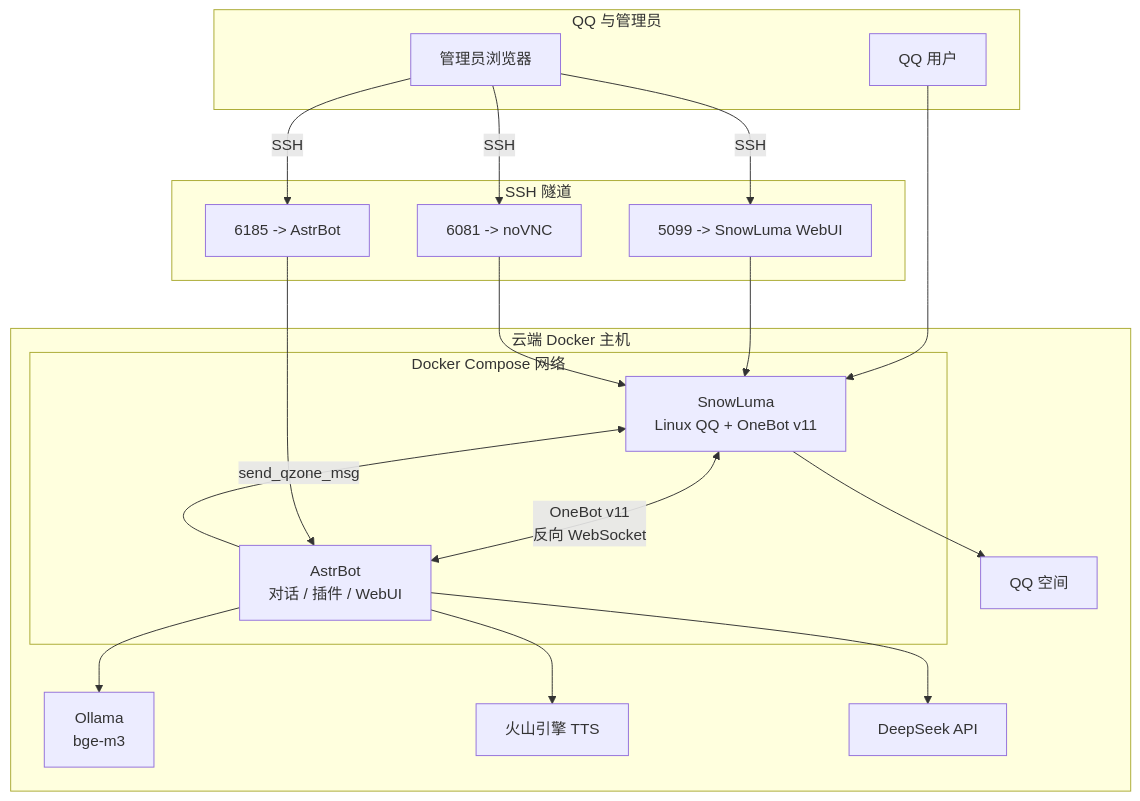
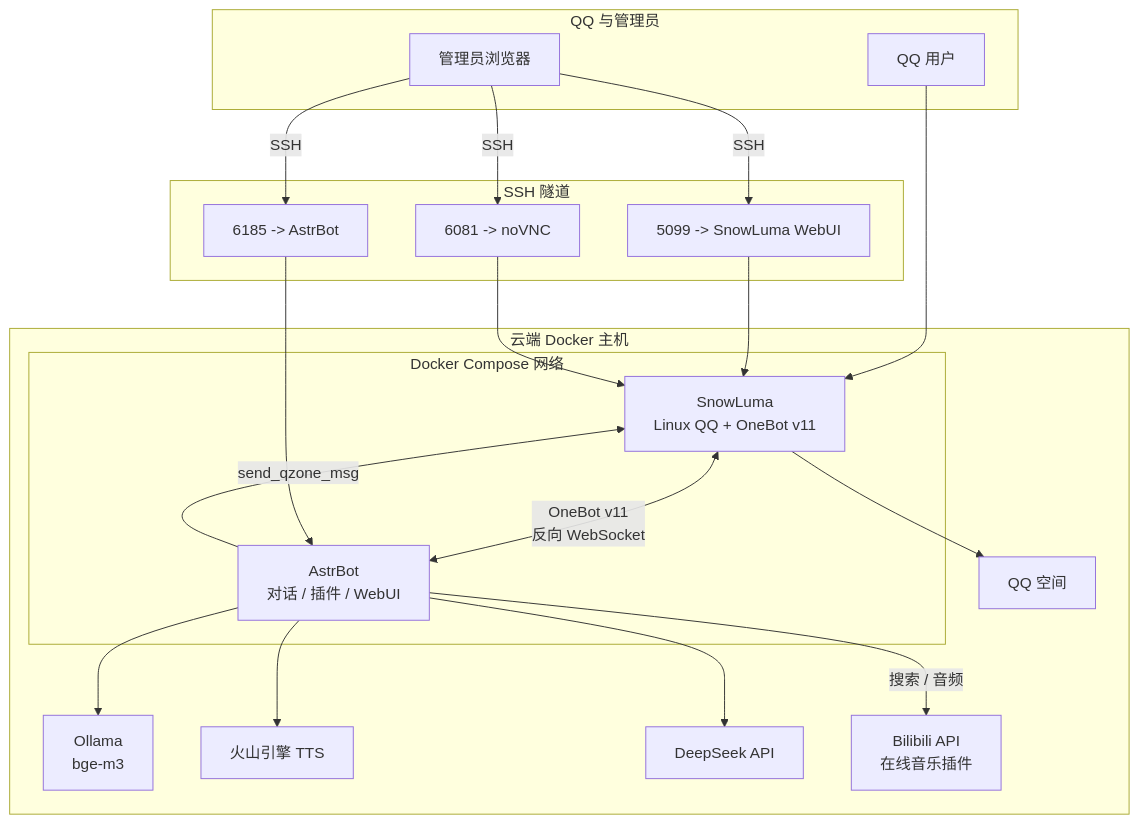
Before and after one commit to Automaticfly/emotional-dafeiyu-qq-chat-ai: the first of 2 diagrams in ARCHITECTURE.md, drawn with Mermaid. The commit also changed other lines of this file and 11 other files, not shown here.

````diff
--- a/ARCHITECTURE.md
+++ b/ARCHITECTURE.md
@@ -5,38 +5,40 @@
 ```mermaid
 flowchart TB
     subgraph Client[QQ 与管理员]
         U[QQ 用户]
         A[管理员浏览器]
     end
 
     subgraph Edge[SSH 隧道]
         T1[6185 -> AstrBot]
         T2[5099 -> SnowLuma WebUI]
         T3[6081 -> noVNC]
     end
 
     subgraph Server[云端 Docker 主机]
         subgraph Compose[Docker Compose 网络]
             S[SnowLuma<br/>Linux QQ + OneBot v11]
             B[AstrBot<br/>对话 / 插件 / WebUI]
         end
         O[Ollama<br/>bge-m3]
         V[火山引擎 TTS]
         D[DeepSeek API]
         Q[QQ 空间]
+        BI[Bilibili API<br/>在线音乐插件]
     end
 
     U --> S
     S <-->|OneBot v11<br/>反向 WebSocket| B
     B --> D
     B --> V
     B --> O
+    B -->|搜索 / 音频| BI
     B -->|send_qzone_msg| S
     S --> Q
     A -->|SSH| T1
     A -->|SSH| T2
     A -->|SSH| T3
     T1 --> B
     T2 --> S
     T3 --> S
 ```
````
